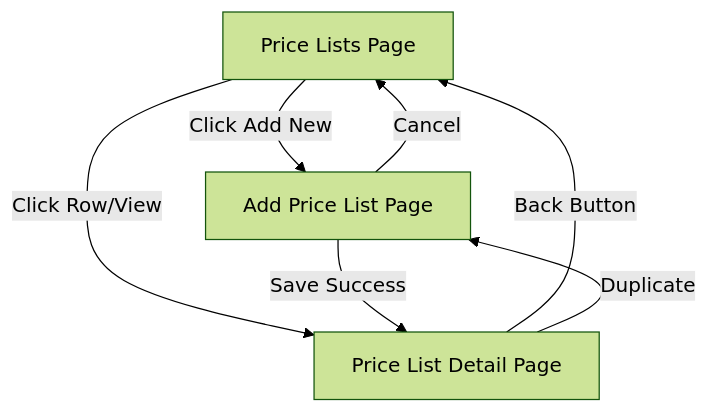
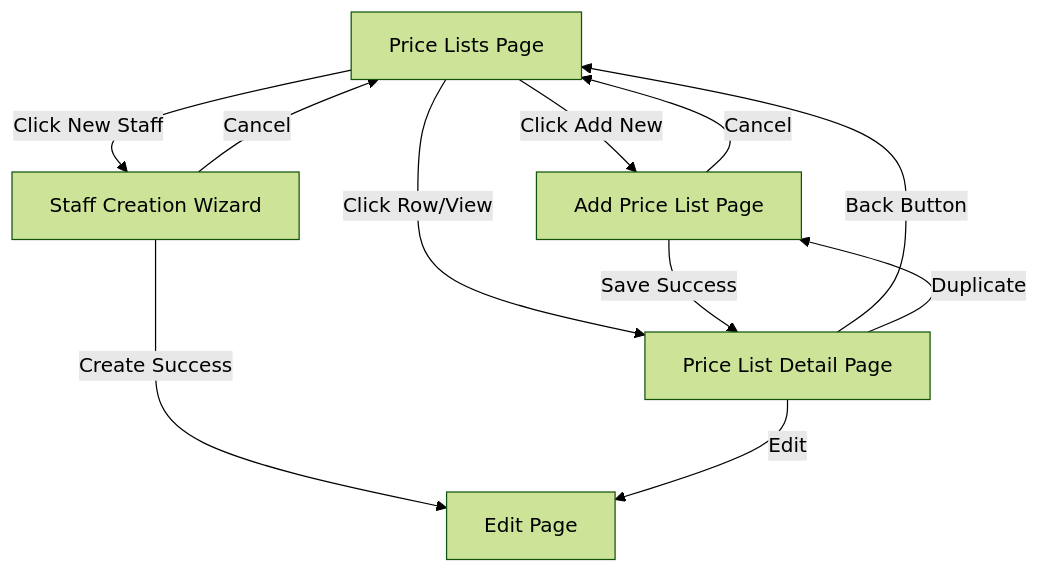
Before and after one commit to PeakMNA/carmen: the third of 19 diagrams in docs/app/vendor-management/price-lists/FD-price-lists.md, drawn with Mermaid (forest theme). The commit also changed other lines of this file and 473 other files, not shown here.

````diff
--- a/docs/app/vendor-management/price-lists/FD-price-lists.md
+++ b/docs/app/vendor-management/price-lists/FD-price-lists.md
@@ -77,9 +85,13 @@
 ```mermaid
 graph TD
     ListPage[Price Lists Page] -->|Click Add New| AddPage[Add Price List Page]
+    ListPage -->|Click New Staff| WizardPage[Staff Creation Wizard]
     ListPage -->|Click Row/View| DetailPage[Price List Detail Page]
     AddPage -->|Cancel| ListPage
     AddPage -->|Save Success| DetailPage
+    WizardPage -->|Cancel| ListPage
+    WizardPage -->|Create Success| EditPage[Edit Page]
     DetailPage -->|Back Button| ListPage
     DetailPage -->|Duplicate| AddPage
+    DetailPage -->|Edit| EditPage
 ```
````
